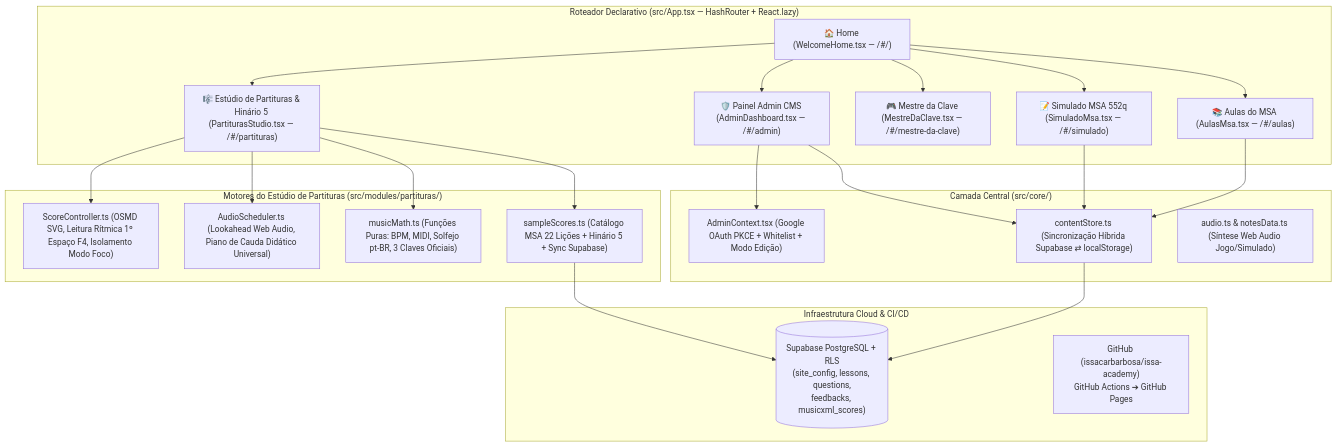
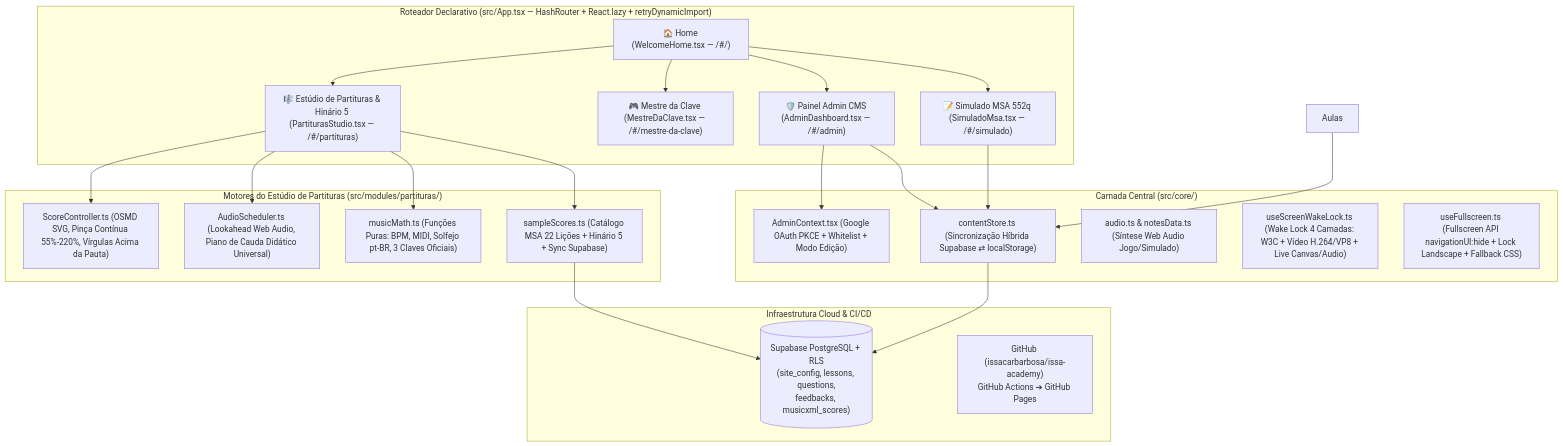
One commit to issacarbarbosa/issa-academy changed the first of 3 diagrams in ARCHITECTURE.md. Above: the diagram before and after it, drawn with Mermaid. The commit also changed other lines of this file and 21 other files, not shown here.

Commit message:
feat(mobile-ux): continuous pinch zoom, fullscreen app-shell & 4-layer screen wake lock (v1.5.1)

````diff
--- a/ARCHITECTURE.md
+++ b/ARCHITECTURE.md
@@ -12,47 +12,47 @@
 ```mermaid
 flowchart TD
-    subgraph Router["Roteador Declarativo (src/App.tsx — HashRouter + React.lazy)"]
+    subgraph Router["Roteador Declarativo (src/App.tsx — HashRouter + React.lazy + retryDynamicImport)"]
         Home["🏠 Home (WelcomeHome.tsx — /#/)"]
-        Aulas["📚 Aulas do MSA (AulasMsa.tsx — /#/aulas)"]
         Partituras["🎼 Estúdio de Partituras & Hinário 5 (PartiturasStudio.tsx — /#/partituras)"]
         Mestre["🎮 Mestre da Clave (MestreDaClave.tsx — /#/mestre-da-clave)"]
         Simulado["📝 Simulado MSA 552q (SimuladoMsa.tsx — /#/simulado)"]
         Admin["🛡️ Painel Admin CMS (AdminDashboard.tsx — /#/admin)"]
     end
 
     subgraph Core["Camada Central (src/core/)"]
         AdminCtx["AdminContext.tsx (Google OAuth PKCE + Whitelist + Modo Edição)"]
         ContentStore["contentStore.ts (Sincronização Híbrida Supabase ⇄ localStorage)"]
         CoreAudio["audio.ts & notesData.ts (Síntese Web Audio Jogo/Simulado)"]
+        WakeLock["useScreenWakeLock.ts (Wake Lock 4 Camadas: W3C + Vídeo H.264/VP8 + Live Canvas/Audio)"]
+        FullscreenHook["useFullscreen.ts (Fullscreen API navigationUI:hide + Lock Landscape + Fallback CSS)"]
     end
 
     subgraph PartiturasEngine["Motores do Estúdio de Partituras (src/modules/partituras/)"]
-        ScoreCtrl["ScoreController.ts (OSMD SVG, Leitura Rítmica 1º Espaço F4, Isolamento Modo Foco)"]
+        ScoreCtrl["ScoreController.ts (OSMD SVG, Pinça Contínua 55%-220%, Vírgulas Acima da Pauta)"]
         AudioSched["AudioScheduler.ts (Lookahead Web Audio, Piano de Cauda Didático Universal)"]
         MusicMath["musicMath.ts (Funções Puras: BPM, MIDI, Solfejo pt-BR, 3 Claves Oficiais)"]
         SampleScores["sampleScores.ts (Catálogo MSA 22 Lições + Hinário 5 + Sync Supabase)"]
     end
 
     subgraph Cloud["Infraestrutura Cloud & CI/CD"]
         Supabase[("Supabase PostgreSQL + RLS\n(site_config, lessons, questions,\nfeedbacks, musicxml_scores)")]
         GitHub["GitHub (issacarbarbosa/issa-academy)\nGitHub Actions ➔ GitHub Pages"]
     end
 
-    Home --> Aulas
     Home --> Partituras
     Home --> Mestre
     Home --> Simulado
     Home --> Admin
 
     Aulas --> ContentStore
     Simulado --> ContentStore
     Admin --> ContentStore
     Admin --> AdminCtx
     ContentStore --> Supabase
 
     Partituras --> ScoreCtrl
     Partituras --> AudioSched
     Partituras --> MusicMath
     Partituras --> SampleScores
     SampleScores --> Supabase
 ```
````
